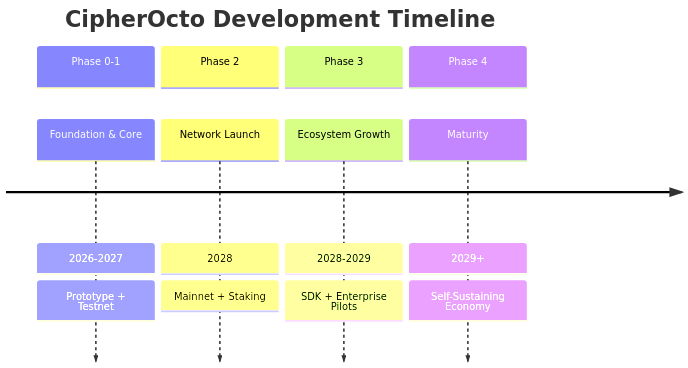
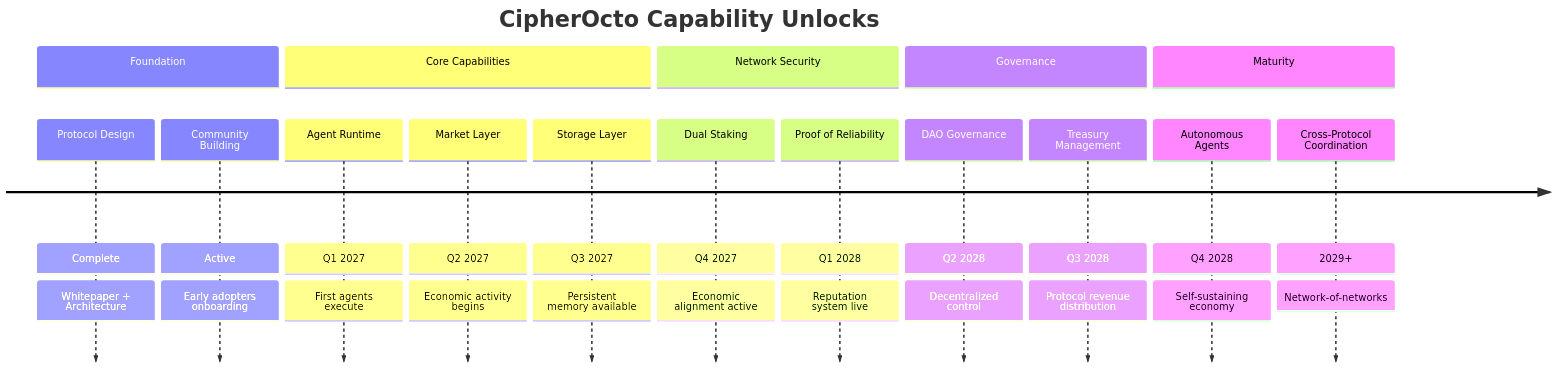
One commit to CipherOcto/cipherocto changed the tenth of 12 diagrams in docs/01-foundation/litepaper.md. Above: the diagram before and after it, drawn with Mermaid. The commit also changed other lines of this file, not shown here.

````diff
--- a/docs/01-foundation/litepaper.md
+++ b/docs/01-foundation/litepaper.md
@@ -345,12 +560,20 @@
 ```mermaid
 timeline
-    title CipherOcto Development Timeline
-    section Phase 0-1
-        Foundation & Core : 2026-2027 : Prototype + Testnet
-    section Phase 2
-        Network Launch : 2028 : Mainnet + Staking
-    section Phase 3
-        Ecosystem Growth : 2028-2029 : SDK + Enterprise Pilots
-    section Phase 4
-        Maturity : 2029+ : Self-Sustaining Economy
+    title CipherOcto Capability Unlocks
+    section Foundation
+        Protocol Design : Complete : Whitepaper + Architecture
+        Community Building : Active : Early adopters onboarding
+    section Core Capabilities
+        Agent Runtime : Q1 2027 : First agents execute
+        Market Layer : Q2 2027 : Economic activity begins
+        Storage Layer : Q3 2027 : Persistent memory available
+    section Network Security
+        Dual Staking : Q4 2027 : Economic alignment active
+        Proof of Reliability : Q1 2028 : Reputation system live
+    section Governance
+        DAO Governance : Q2 2028 : Decentralized control
+        Treasury Management : Q3 2028 : Protocol revenue distribution
+    section Maturity
+        Autonomous Agents : Q4 2028 : Self-sustaining economy
+        Cross-Protocol Coordination : 2029+ : Network-of-networks
 ```
````
